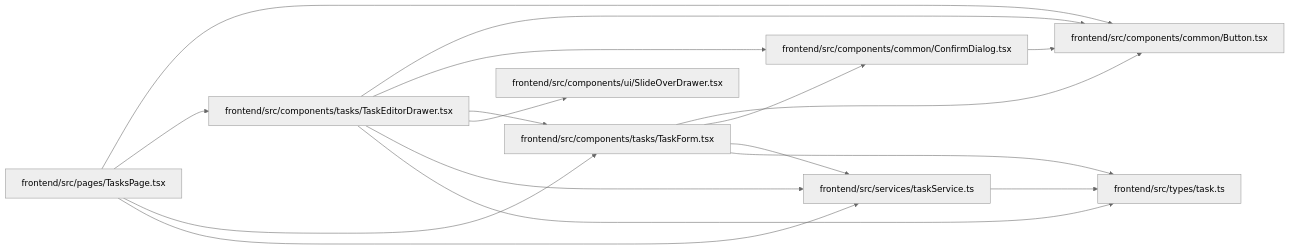
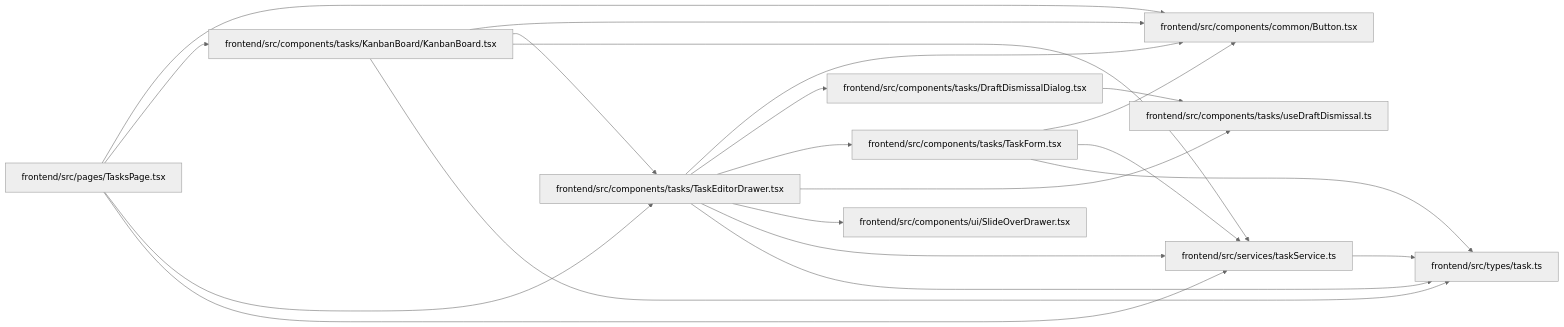
Before and after one commit to Denissvgn/WorkChord: the diagram in docs/llm_wiki/modules/TaskEditorDrawer.md, drawn with Mermaid (neutral theme). The commit also changed other lines of this file and 958 other files, not shown here.

First line of the commit message:
docs(wiki): refresh identity and recovery architecture

````diff
--- a/docs/llm_wiki/modules/TaskEditorDrawer.md
+++ b/docs/llm_wiki/modules/TaskEditorDrawer.md
@@ -33,35 +34,43 @@
 ```mermaid
 flowchart LR
     n0["frontend/src/components/common/Button.tsx"]
-    n1["frontend/src/components/common/ConfirmDialog.tsx"]
-    n2["frontend/src/components/tasks/TaskEditorDrawer.tsx"]
-    n3["frontend/src/components/tasks/TaskForm.tsx"]
-    n4["frontend/src/components/ui/SlideOverDrawer.tsx"]
-    n5["frontend/src/pages/TasksPage.tsx"]
-    n6["frontend/src/services/taskService.ts"]
-    n7["frontend/src/types/task.ts"]
-    n1 --> n0
+    n1["frontend/src/components/tasks/DraftDismissalDialog.tsx"]
+    n2["frontend/src/components/tasks/KanbanBoard/KanbanBoard.tsx"]
+    n3["frontend/src/components/tasks/TaskEditorDrawer.tsx"]
+    n4["frontend/src/components/tasks/TaskForm.tsx"]
+    n5["frontend/src/components/tasks/useDraftDismissal.ts"]
+    n6["frontend/src/components/ui/SlideOverDrawer.tsx"]
+    n7["frontend/src/pages/TasksPage.tsx"]
+    n8["frontend/src/services/taskService.ts"]
+    n9["frontend/src/types/task.ts"]
+    n1 --> n5
     n2 --> n0
-    n2 --> n1
     n2 --> n3
-    n2 --> n4
-    n2 --> n6
-    n2 --> n7
+    n2 --> n8
+    n2 --> n9
     n3 --> n0
     n3 --> n1
+    n3 --> n4
+    n3 --> n5
     n3 --> n6
-    n3 --> n7
-    n5 --> n0
-    n5 --> n2
-    n5 --> n3
-    n5 --> n6
-    n6 --> n7
+    n3 --> n8
+    n3 --> n9
+    n4 --> n0
+    n4 --> n8
+    n4 --> n9
+    n7 --> n0
+    n7 --> n2
+    n7 --> n3
+    n7 --> n8
+    n8 --> n9
     click n0 "../modules/Button.md"
-    click n1 "../modules/ConfirmDialog.md"
-    click n2 "../modules/TaskEditorDrawer.md"
-    click n3 "../modules/TaskForm.md"
-    click n4 "../modules/SlideOverDrawer.md"
-    click n5 "../modules/TasksPage.md"
-    click n6 "../modules/taskService.md"
-    click n7 "../modules/types_task.md"
+    click n1 "../modules/DraftDismissalDialog.md"
+    click n2 "../modules/KanbanBoard.md"
+    click n3 "../modules/TaskEditorDrawer.md"
+    click n4 "../modules/TaskForm.md"
+    click n5 "../modules/useDraftDismissal.md"
+    click n6 "../modules/SlideOverDrawer.md"
+    click n7 "../modules/TasksPage.md"
+    click n8 "../modules/taskService.md"
+    click n9 "../modules/types_task.md"
 ```
````
